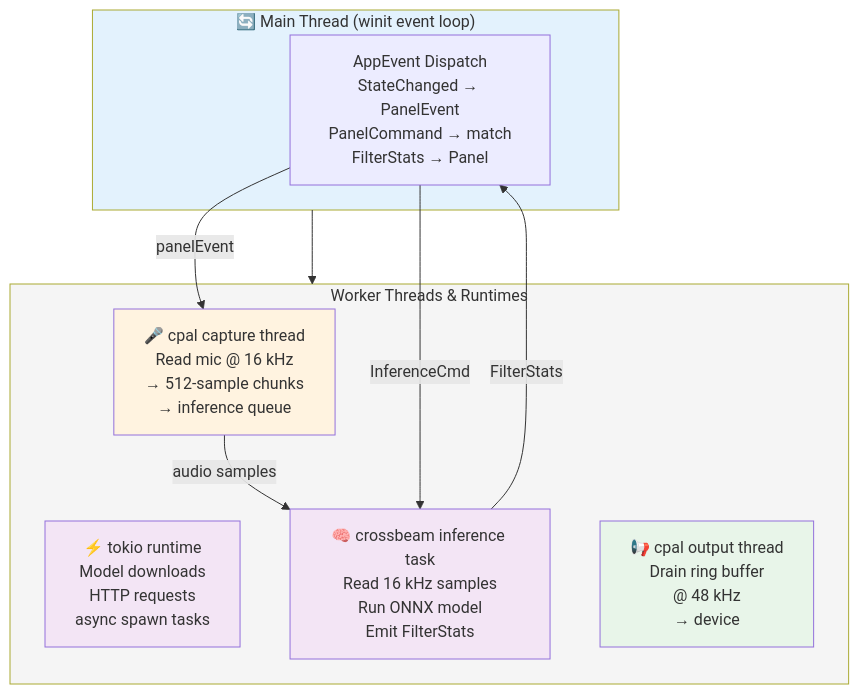
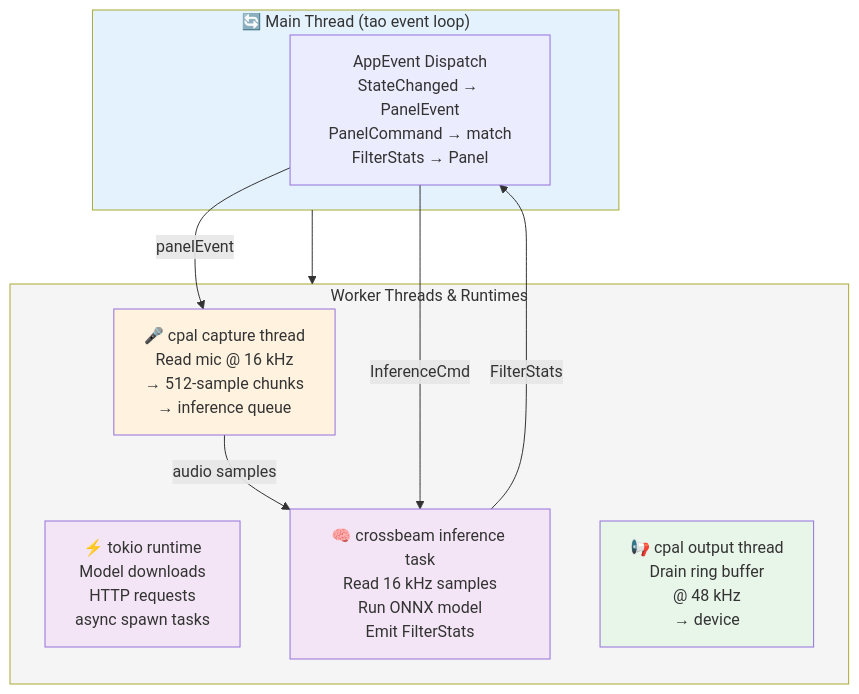
The second of 7 diagrams in docs/architecture.md (espetro/voce), drawn with Mermaid before and after one commit. The commit also changed other lines of this file and 3 other files, not shown here.

First line of the commit message:
docs: update winit→tao references and rewrite IPC escape-rules section

````diff
--- a/docs/architecture.md
+++ b/docs/architecture.md
@@ -48,26 +48,26 @@
 ```mermaid
 graph TB
-    subgraph Main["🔄 Main Thread (winit event loop)"]
+    subgraph Main["🔄 Main Thread (tao event loop)"]
         dispatch["AppEvent Dispatch<br/>StateChanged → PanelEvent<br/>PanelCommand → match<br/>FilterStats → Panel"]
     end
     
     subgraph Workers["Worker Threads & Runtimes"]
         capture["🎤 cpal capture thread<br/>Read mic @ 16 kHz<br/>→ 512-sample chunks<br/>→ inference queue"]
         tokio["⚡ tokio runtime<br/>Model downloads<br/>HTTP requests<br/>async spawn tasks"]
         inference["🧠 crossbeam inference task<br/>Read 16 kHz samples<br/>Run ONNX model<br/>Emit FilterStats"]
         output["📢 cpal output thread<br/>Drain ring buffer<br/>@ 48 kHz<br/>→ device"]
     end
     
     Main --> Workers
     capture -->|audio samples| inference
     inference -->|FilterStats| dispatch
     dispatch -->|panelEvent| capture
     dispatch -->|InferenceCmd| inference
     
     style Main fill:#e3f2fd
     style Workers fill:#f5f5f5
     style capture fill:#fff3e0
     style tokio fill:#f3e5f5
     style inference fill:#f3e5f5
     style output fill:#e8f5e9
 ```
````
